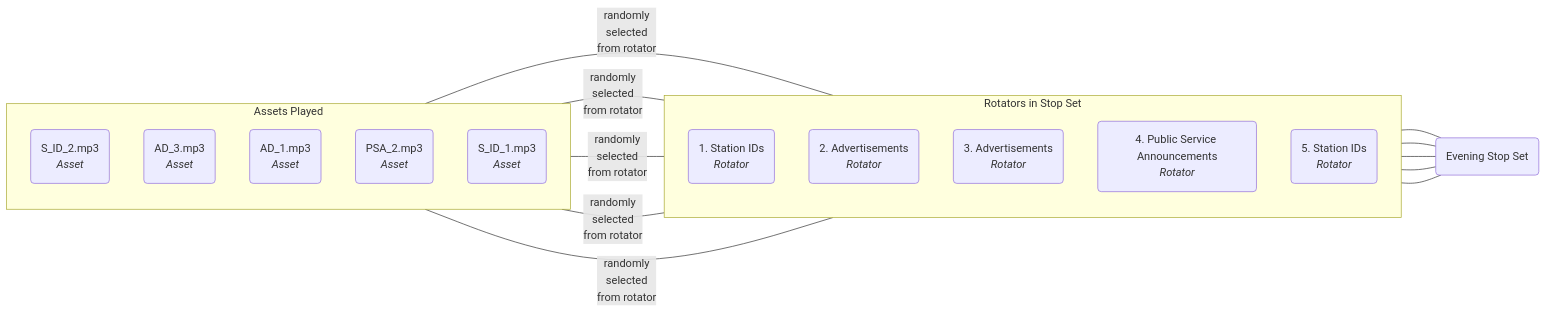
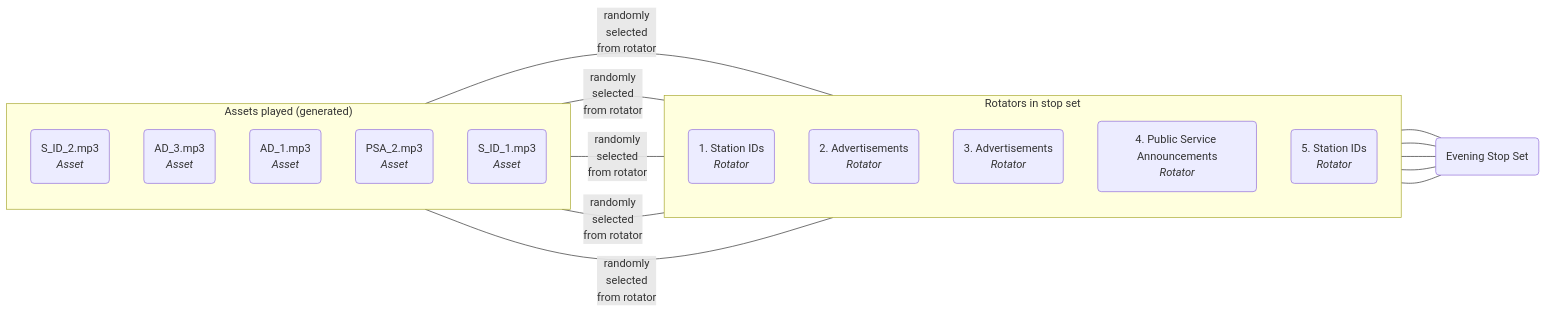
One commit to dtcooper/tomato changed the third of 4 diagrams in docs/concepts.md. Above: the diagram before and after it, drawn with Mermaid. The commit also changed other lines of this file, not shown here.

````diff
--- a/docs/concepts.md
+++ b/docs/concepts.md
@@ -98,30 +98,30 @@
     ```mermaid
     flowchart LR
-        subgraph "Rotators in Stop Set"
+        subgraph "Rotators in stop set"
             direction TB
             rotator1(1. Station IDs\n<em>Rotator</em>)
             rotator2(2. Advertisements\n<em>Rotator</em>)
             rotator3(3. Advertisements\n<em>Rotator</em>)
             rotator4(4. Public Service Announcements\n<em>Rotator</em>)
             rotator5(5. Station IDs\n<em>Rotator</em>)
         end
         stopset(Evening Stop Set)
-        subgraph "Assets Played"
+        subgraph "Assets played (generated)"
             direction TB
             asset1(S_ID_2.mp3\n<em>Asset</em>)
             asset2(AD_3.mp3\n<em>Asset</em>)
             asset3(AD_1.mp3\n<em>Asset</em>)
             asset4(PSA_2.mp3\n<em>Asset</em>)
             asset5(S_ID_1.mp3\n<em>Asset</em>)
         end
         rotator1 --- stopset
         rotator2 --- stopset
         rotator3 --- stopset
         rotator4 --- stopset
         rotator5 --- stopset
         asset1 -- randomly\nselected\nfrom rotator --- rotator1
         asset2 -- randomly\nselected\nfrom rotator --- rotator2
         asset3 -- randomly\nselected\nfrom rotator --- rotator3
         asset4 -- randomly\nselected\nfrom rotator --- rotator4
         asset5 -- randomly\nselected\nfrom rotator --- rotator5
     ```
````
